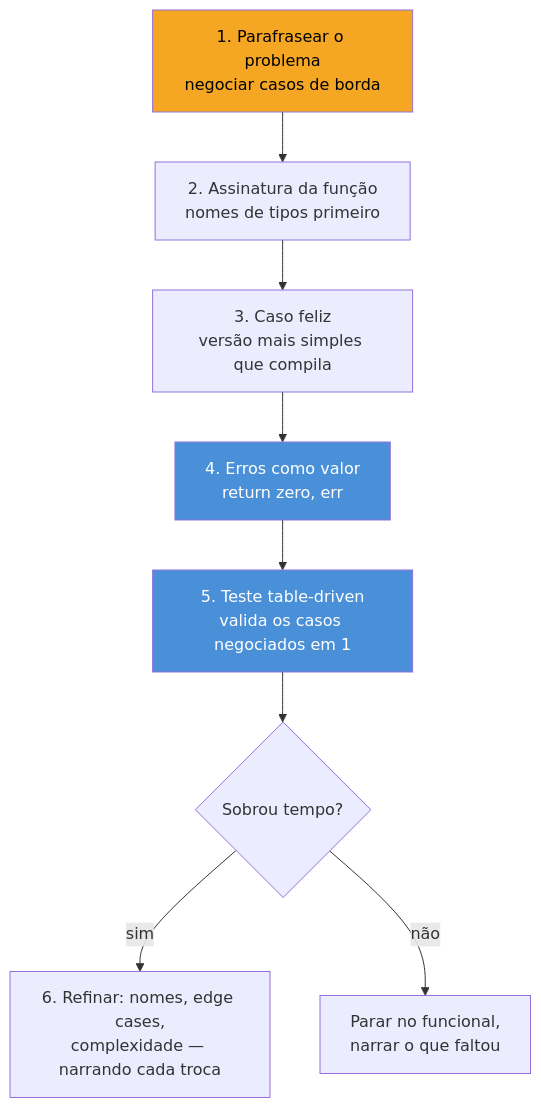
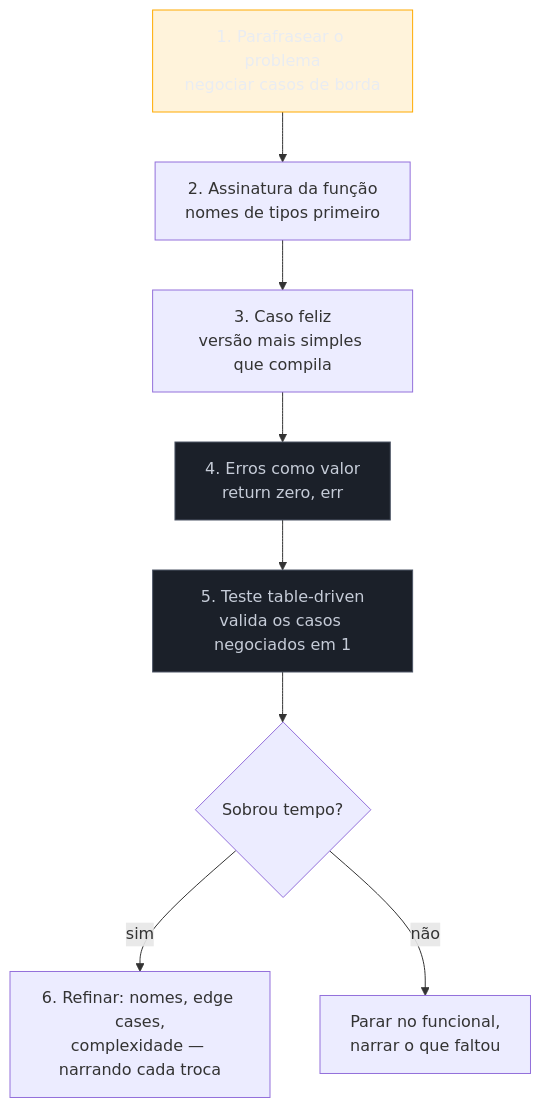
The diagram in 03-Dominios/Tecnologia/Go/21 - Preparação para entrevista de Go/05 - Live coding em Go.md (josenaldo/codex-technomanticus), drawn with Mermaid before and after one commit. The commit also changed 1181 other files, not shown here.

First line of the commit message:
fix(diagramas): paleta do sistema no lugar de cor cravada no markdown

````diff
--- a/03-Dominios/Tecnologia/Go/21 - Preparação para entrevista de Go/05 - Live coding em Go.md
+++ b/03-Dominios/Tecnologia/Go/21 - Preparação para entrevista de Go/05 - Live coding em Go.md
@@ -32,14 +32,16 @@
 ```mermaid
 flowchart TD
+    classDef destaque fill:#FFAA0024,stroke:#FFAA00,color:#E9ECF2
+    classDef neutro fill:#1B2029,stroke:#4E5666,color:#C6CCD8
     A["1. Parafrasear o problema\nnegociar casos de borda"] --> B["2. Assinatura da função\nnomes de tipos primeiro"]
     B --> C["3. Caso feliz\nversão mais simples que compila"]
     C --> D["4. Erros como valor\nreturn zero, err"]
     D --> E["5. Teste table-driven\nvalida os casos negociados em 1"]
     E --> F{"Sobrou tempo?"}
     F -->|sim| G["6. Refinar: nomes, edge cases,\ncomplexidade — narrando cada troca"]
     F -->|não| H["Parar no funcional,\nnarrar o que faltou"]
 
-    style A fill:#F5A623,color:#000
-    style D fill:#4A90D9,color:#fff
-    style E fill:#4A90D9,color:#fff
+    class A destaque
+    class D neutro
+    class E neutro
 ```
````
